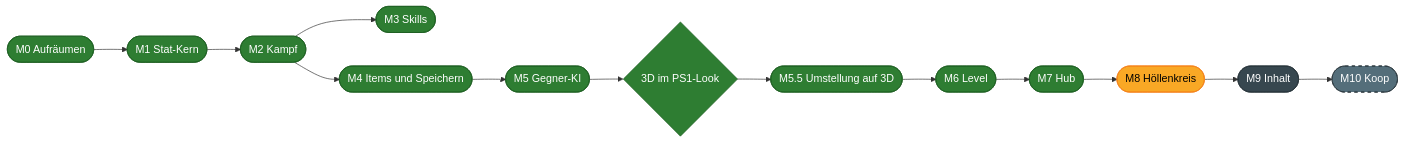
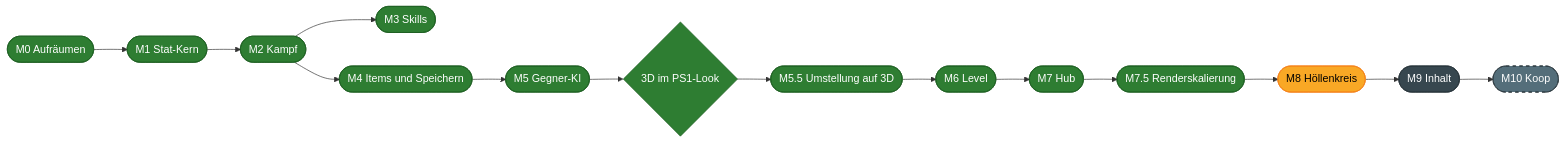
One commit to sharedboidev/Hoellenspiralenspiel changed the diagram in README.md. Above: the diagram before and after it, drawn with Mermaid. The commit also changed other lines of this file and 13 other files, not shown here.

````diff
--- a/README.md
+++ b/README.md
@@ -516,15 +517,15 @@
 ```mermaid
 flowchart LR
     M0(["M0 Aufräumen"]):::done --> M1(["M1 Stat-Kern"]):::done --> M2(["M2 Kampf"]):::done
     M2 --> M3(["M3 Skills"]):::done
     M2 --> M4(["M4 Items und Speichern"]):::done
     M4 --> M5(["M5 Gegner-KI"]):::done --> D{"3D im PS1-Look"}:::done
-    D --> U(["M5.5 Umstellung auf 3D"]):::done --> M6(["M6 Level"]):::done --> M7(["M7 Hub"]):::done --> M8(["M8 Höllenkreis"]):::next
+    D --> U(["M5.5 Umstellung auf 3D"]):::done --> M6(["M6 Level"]):::done --> M7(["M7 Hub"]):::done --> R(["M7.5 Renderskalierung"]):::done --> M8(["M8 Höllenkreis"]):::next
     M8 --> M9(["M9 Inhalt"]):::open --> M10(["M10 Koop"]):::optional
 
     classDef done fill:#2e7d32,color:#ffffff,stroke:#1b5e20
     classDef next fill:#f9a825,color:#000000,stroke:#f57f17
     classDef open fill:#37474f,color:#ffffff,stroke:#263238
     classDef decision fill:#6a1b9a,color:#ffffff,stroke:#4a148c
     classDef optional fill:#546e7a,color:#ffffff,stroke:#263238,stroke-dasharray: 5 5
 ```
````
